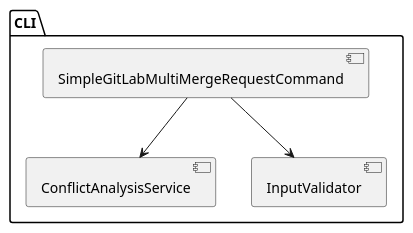
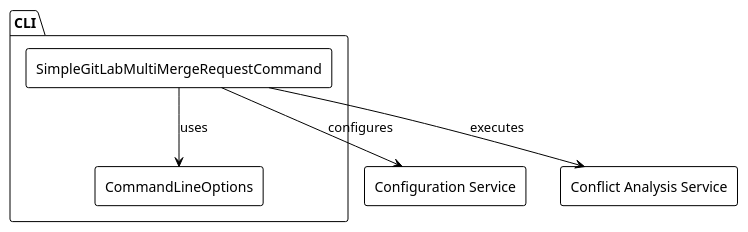
Before and after one commit to GalushkoArt/gitlab-mr-conflict-detector: the second of 11 diagrams in docs/architecture.md, drawn with PlantUML. The commit also changed other lines of this file and 1 other file, not shown here.

````diff
--- a/docs/architecture.md
+++ b/docs/architecture.md
@@ -37,8 +51,18 @@
 ```plantuml
 @startuml
+!theme plain
+skinparam componentStyle rectangle
+
 package "CLI" {
-  [SimpleGitLabMultiMergeRequestCommand] --> [ConflictAnalysisService]
-  [SimpleGitLabMultiMergeRequestCommand] --> [InputValidator]
+  [SimpleGitLabMultiMergeRequestCommand] as Command
+  [CommandLineOptions] as Options
 }
+
+[Configuration Service] as Config
+[Conflict Analysis Service] as Core
+
+Command --> Options : uses
+Command --> Config : configures
+Command --> Core : executes
 @enduml
 ```
````
